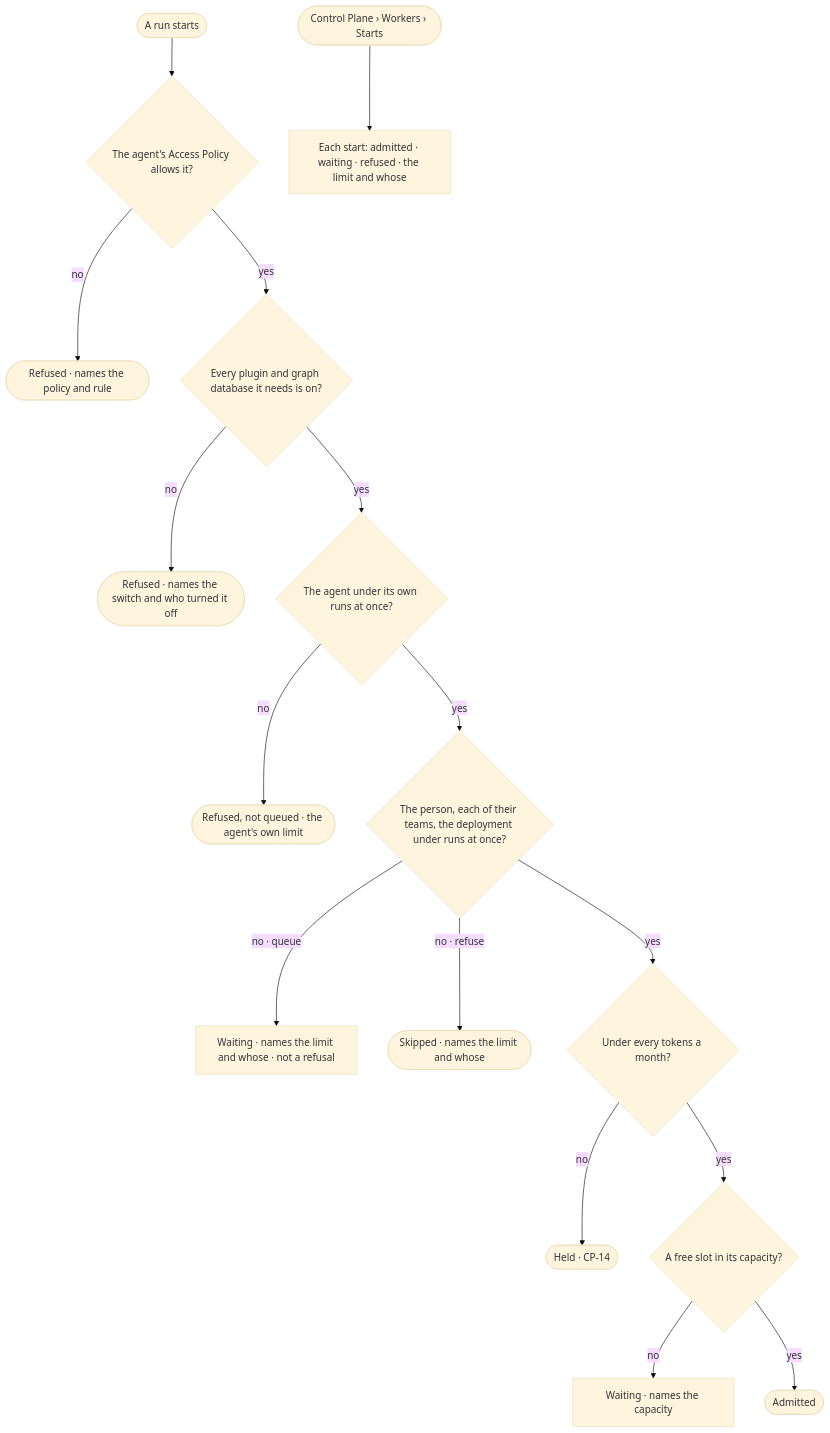
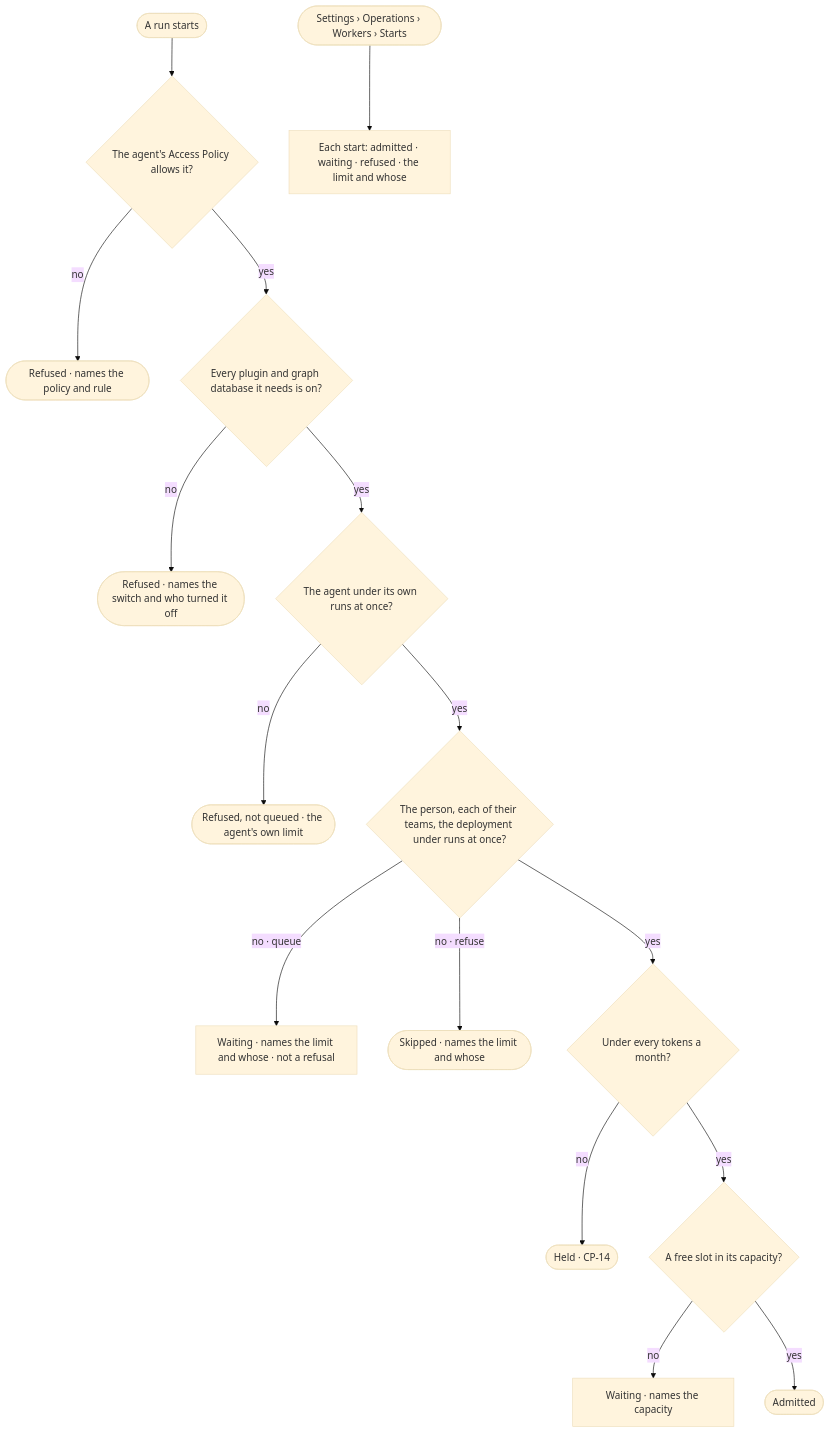
One commit to invana/invana changed the diagram in specs/os/control/features/CP-F04-limits/stories/CP-12-see-why-a-run-started-waits-or-was-refused/story.md. Above: the diagram before and after it, drawn with Mermaid (base theme). The commit also changed 106 other files, not shown here.

````diff
--- a/specs/os/control/features/CP-F04-limits/stories/CP-12-see-why-a-run-started-waits-or-was-refused/story.md
+++ b/specs/os/control/features/CP-F04-limits/stories/CP-12-see-why-a-run-started-waits-or-was-refused/story.md
@@ -26,18 +26,18 @@
 ```mermaid
 flowchart TD
   st([A run starts]) --> pol{"The agent's Access Policy allows it?"}
   pol -->|no| r1(["Refused · names the policy and rule"])
   pol -->|yes| sw{"Every plugin and graph database it needs is on?"}
   sw -->|no| r2(["Refused · names the switch and who turned it off"])
   sw -->|yes| ag{"The agent under its own runs at once?"}
   ag -->|no| r3(["Refused, not queued · the agent's own limit"])
   ag -->|yes| lim{"The person, each of their teams, the deployment under runs at once?"}
   lim -->|no · queue| w["Waiting · names the limit and whose · not a refusal"]
   lim -->|no · refuse| sk(["Skipped · names the limit and whose"])
   lim -->|yes| tok{"Under every tokens a month?"}
   tok -->|no| h(["Held · CP-14"])
   tok -->|yes| cap{"A free slot in its capacity?"}
   cap -->|no| pw["Waiting · names the capacity"]
   cap -->|yes| in(["Admitted"])
-  s([Control Plane › Workers › Starts]) --> list["Each start: admitted · waiting · refused · the limit and whose"]
+  s([Settings › Operations › Workers › Starts]) --> list["Each start: admitted · waiting · refused · the limit and whose"]
 ```
````
